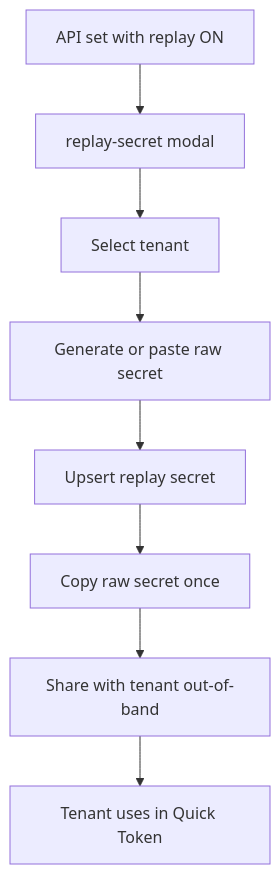
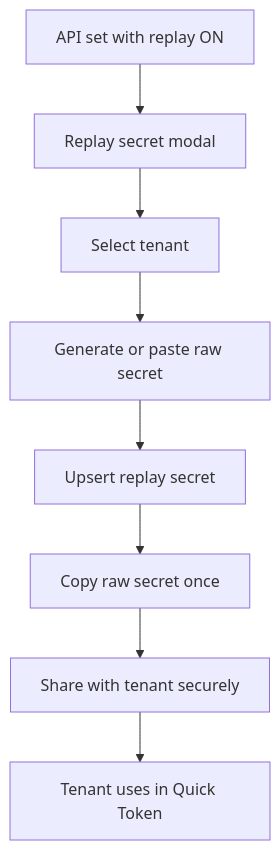
One commit to hr-sargazi/temp-md-server changed the eighth of 17 diagrams in USER_JOURNEY.md. Above: the diagram before and after it, drawn with Mermaid. The commit also changed other lines of this file, not shown here.

````diff
--- a/USER_JOURNEY.md
+++ b/USER_JOURNEY.md
@@ -279,10 +281,10 @@
 ```mermaid
 flowchart TD
-  A[API set with replay ON] --> B[replay-secret modal]
-  B --> C[Select tenant]
-  C --> D[Generate or paste raw secret]
-  D --> E[Upsert replay secret]
-  E --> F[Copy raw secret once]
-  F --> G[Share with tenant out-of-band]
-  G --> H[Tenant uses in Quick Token]
+  A["API set with replay ON"] --> B["Replay secret modal"]
+  B --> C["Select tenant"]
+  C --> D["Generate or paste raw secret"]
+  D --> E["Upsert replay secret"]
+  E --> F["Copy raw secret once"]
+  F --> G["Share with tenant securely"]
+  G --> H["Tenant uses in Quick Token"]
 ```
````
